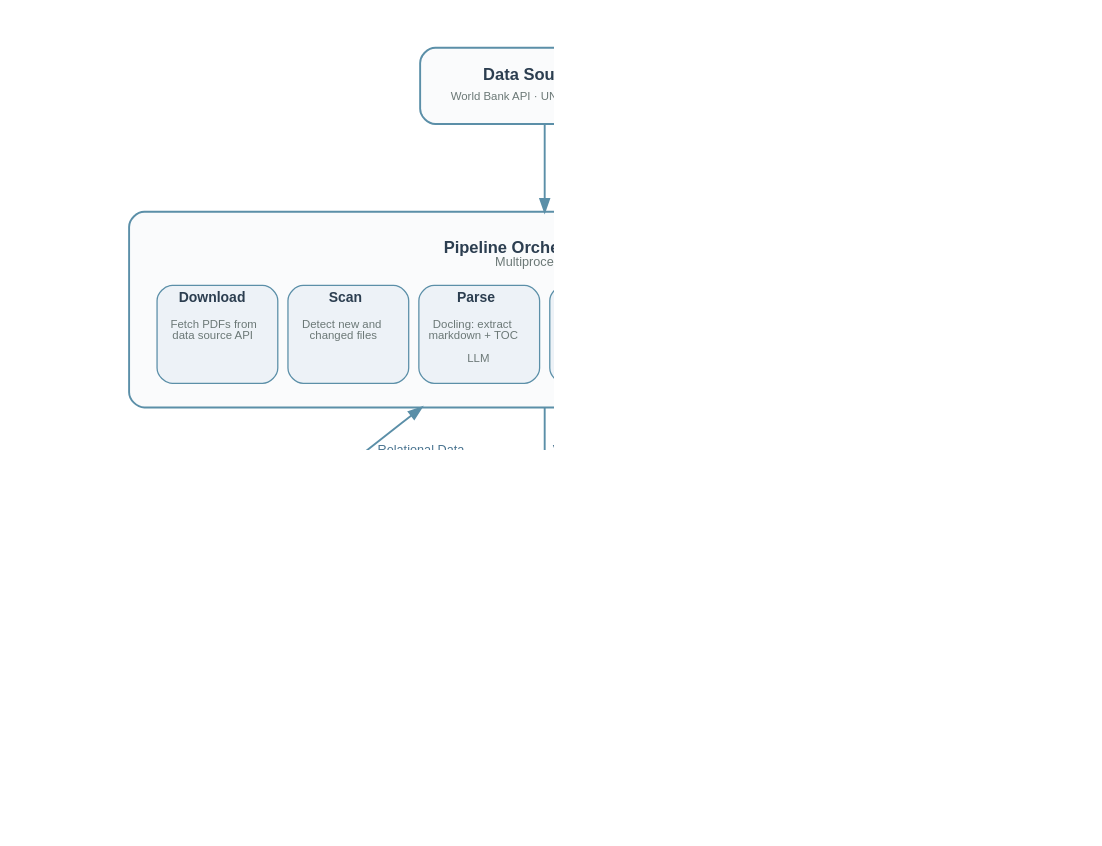
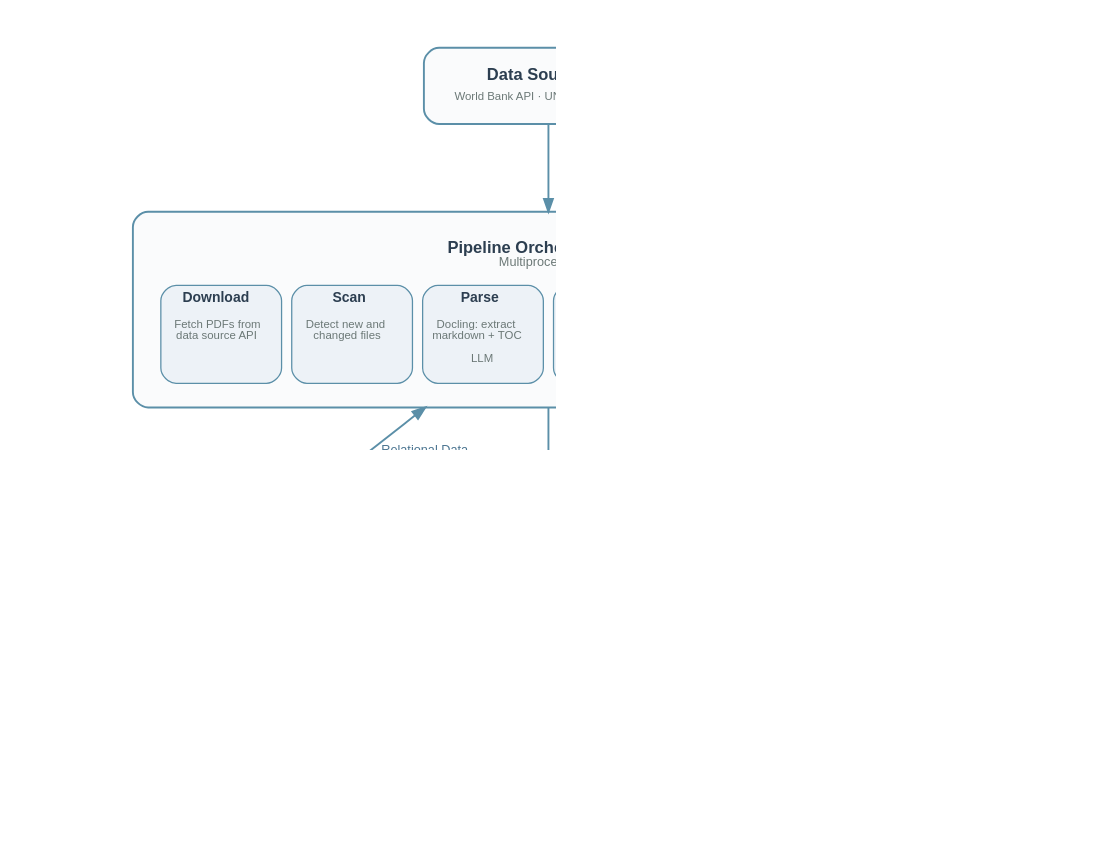
Before and after one commit to dividor/evidencelab: the diagram in docs/images/admin/architecture/pipeline-architecture.dot, drawn with Graphviz. The commit also changed 4 other files, not shown here.

First line of the commit message:
docs: name Qwen3 235B in the architecture diagrams

```diff
--- a/docs/images/admin/architecture/pipeline-architecture.dot
+++ b/docs/images/admin/architecture/pipeline-architecture.dot
@@ -1,124 +1,124 @@
 digraph Pipeline {
     bgcolor="white"
     fontcolor="#2C3E50"
     fontsize=14
     fontname="Helvetica"
     rankdir=TB
     ranksep=0.8
     nodesep=0.6
     pad=0.5
     dpi=150
     splines=true
     newrank=true
 
     node [
         shape=box
         style="rounded,filled"
         fillcolor="#fafbfc"
         color="#5B8FA8"
         fontcolor="#2C3E50"
         fontname="Helvetica"
         fontsize=11
         penwidth=1.5
         margin="0.3,0.2"
     ]
 
     edge [
         color="#5B8FA8"
         fontcolor="#4A7490"
         fontname="Helvetica"
         fontsize=10
         penwidth=1.5
     ]
 
     // Data Sources
     datasrc [label=<
         <TABLE BORDER="0" CELLBORDER="0" CELLSPACING="0" CELLPADDING="2">
         <TR><TD ALIGN="CENTER"><FONT FACE="Helvetica" POINT-SIZE="13" COLOR="#2C3E50"><B>Data Sources</B></FONT></TD></TR>
         <TR><TD ALIGN="CENTER"><FONT FACE="Helvetica" POINT-SIZE="9" COLOR="#6B7876">World Bank API · UNEG · Custom</FONT></TD></TR>
         </TABLE>
     > fillcolor="#fafbfc"]
 
     // Pipeline Orchestrator
     orchestrator [label=<
         <TABLE BORDER="0" CELLBORDER="0" CELLSPACING="8" CELLPADDING="4">
         <TR><TD COLSPAN="6" ALIGN="CENTER"><FONT FACE="Helvetica" POINT-SIZE="13" COLOR="#2C3E50"><B>Pipeline Orchestrator</B></FONT><BR/><FONT FACE="Helvetica" POINT-SIZE="10" COLOR="#6B7876">Multiprocessing</FONT></TD></TR>
         <TR>
             <TD BGCOLOR="#EDF2F7" BORDER="1" COLOR="#5B8FA8" STYLE="ROUNDED" VALIGN="TOP" WIDTH="95"><FONT FACE="Helvetica" COLOR="#2C3E50" POINT-SIZE="11"><B>Download</B></FONT><BR/><BR/><FONT FACE="Helvetica" POINT-SIZE="9" COLOR="#6B7876">Fetch PDFs from<BR/>data source API</FONT></TD>
             <TD BGCOLOR="#EDF2F7" BORDER="1" COLOR="#5B8FA8" STYLE="ROUNDED" VALIGN="TOP" WIDTH="95"><FONT FACE="Helvetica" COLOR="#2C3E50" POINT-SIZE="11"><B>Scan</B></FONT><BR/><BR/><FONT FACE="Helvetica" POINT-SIZE="9" COLOR="#6B7876">Detect new and<BR/>changed files</FONT></TD>
             <TD BGCOLOR="#EDF2F7" BORDER="1" COLOR="#5B8FA8" STYLE="ROUNDED" VALIGN="TOP" WIDTH="95"><FONT FACE="Helvetica" COLOR="#2C3E50" POINT-SIZE="11"><B>Parse</B></FONT><BR/><BR/><FONT FACE="Helvetica" POINT-SIZE="9" COLOR="#6B7876">Docling: extract<BR/>markdown + TOC<BR/><BR/>LLM</FONT></TD>
             <TD BGCOLOR="#EDF2F7" BORDER="1" COLOR="#5B8FA8" STYLE="ROUNDED" VALIGN="TOP" WIDTH="95"><FONT FACE="Helvetica" COLOR="#2C3E50" POINT-SIZE="11"><B>Summarise</B></FONT><BR/><BR/><FONT FACE="Helvetica" POINT-SIZE="9" COLOR="#6B7876">Extractive +<BR/>abstractive<BR/><BR/>EMBEDDING<BR/>LLM</FONT></TD>
             <TD BGCOLOR="#EDF2F7" BORDER="1" COLOR="#5B8FA8" STYLE="ROUNDED" VALIGN="TOP" WIDTH="95"><FONT FACE="Helvetica" COLOR="#2C3E50" POINT-SIZE="11"><B>Tag</B></FONT><BR/><BR/><FONT FACE="Helvetica" POINT-SIZE="9" COLOR="#6B7876">Section types +<BR/>taxonomy<BR/><BR/>EMBEDDING<BR/>LLM</FONT></TD>
             <TD BGCOLOR="#EDF2F7" BORDER="1" COLOR="#5B8FA8" STYLE="ROUNDED" VALIGN="TOP" WIDTH="95"><FONT FACE="Helvetica" COLOR="#2C3E50" POINT-SIZE="11"><B>Index</B></FONT><BR/><BR/><FONT FACE="Helvetica" POINT-SIZE="9" COLOR="#6B7876">Chunk + embed<BR/>dense + sparse<BR/><BR/>EMBEDDING</FONT></TD>
         </TR>
         </TABLE>
     > fillcolor="#fafbfc" color="#5B8FA8" penwidth=1.5 margin="0.2,0.15"]
 
     // Data stores
     pg [label=<
         <TABLE BORDER="0" CELLBORDER="0" CELLSPACING="0" CELLPADDING="2">
         <TR><TD ALIGN="CENTER"><FONT FACE="Helvetica" POINT-SIZE="11" COLOR="#2C3E50"><B>PostgreSQL</B></FONT></TD></TR>
         <TR><TD ALIGN="CENTER"><FONT FACE="Helvetica" POINT-SIZE="9" COLOR="#6B7876">Raw metadata · Parsed text<BR/>Chunks · Status tracking</FONT></TD></TR>
         </TABLE>
     > fillcolor="#fafbfc" width=2.2]
 
     qd [label=<
         <TABLE BORDER="0" CELLBORDER="0" CELLSPACING="0" CELLPADDING="2">
         <TR><TD ALIGN="CENTER"><FONT FACE="Helvetica" POINT-SIZE="11" COLOR="#2C3E50"><B>Qdrant</B></FONT></TD></TR>
         <TR><TD ALIGN="CENTER"><FONT FACE="Helvetica" POINT-SIZE="9" COLOR="#6B7876">Document vectors<BR/>Chunk vectors (dense + sparse)</FONT></TD></TR>
         </TABLE>
     > fillcolor="#fafbfc" width=2.2]
 
     fs [label=<
         <TABLE BORDER="0" CELLBORDER="0" CELLSPACING="0" CELLPADDING="2">
         <TR><TD ALIGN="CENTER"><FONT FACE="Helvetica" POINT-SIZE="11" COLOR="#2C3E50"><B>Filesystem</B></FONT></TD></TR>
         <TR><TD ALIGN="CENTER"><FONT FACE="Helvetica" POINT-SIZE="9" COLOR="#6B7876">PDFs · Parsed output<BR/>Images · Tables</FONT></TD></TR>
         </TABLE>
     > fillcolor="#fafbfc" width=2.2]
 
     // Models box
     models [label=<
         <TABLE BORDER="0" CELLBORDER="0" CELLSPACING="8" CELLPADDING="6" BGCOLOR="#fafbfc">
         <TR><TD COLSPAN="5" ALIGN="CENTER"><FONT FACE="Helvetica" POINT-SIZE="13" COLOR="#2C3E50"><B>Models</B></FONT><BR/><FONT FACE="Helvetica" POINT-SIZE="10" COLOR="#6B7876">config.json model_combo</FONT></TD></TR>
         <TR>
             <TD BGCOLOR="#EDF2F7" BORDER="1" COLOR="#5B8FA8" STYLE="ROUNDED" COLSPAN="2" VALIGN="TOP">
                 <TABLE BORDER="0" CELLBORDER="0" CELLSPACING="4" CELLPADDING="3">
                 <TR><TD COLSPAN="2" ALIGN="CENTER"><FONT FACE="Helvetica" COLOR="#4A7490" POINT-SIZE="11"><B>Local</B></FONT></TD></TR>
                 <TR>
                     <TD BGCOLOR="#fafbfc" BORDER="1" COLOR="#5B8FA8" STYLE="ROUNDED" ALIGN="CENTER" VALIGN="TOP" WIDTH="130"><FONT FACE="Helvetica" COLOR="#2C3E50" POINT-SIZE="11"><B>Embedding</B></FONT><BR/><BR/><FONT FACE="Helvetica" COLOR="#6B7876" POINT-SIZE="9">Infinity server +<BR/>HF models</FONT></TD>
                     <TD BGCOLOR="#fafbfc" BORDER="1" COLOR="#5B8FA8" STYLE="ROUNDED" ALIGN="CENTER" VALIGN="TOP" WIDTH="130"><FONT FACE="Helvetica" COLOR="#2C3E50" POINT-SIZE="11"><B>Rerank</B></FONT><BR/><BR/><FONT FACE="Helvetica" COLOR="#6B7876" POINT-SIZE="9">Jina v2<BR/>multilingual</FONT></TD>
                 </TR>
                 </TABLE>
             </TD>
             <TD BGCOLOR="#EDF2F7" BORDER="1" COLOR="#5B8FA8" STYLE="ROUNDED" COLSPAN="3" VALIGN="TOP">
                 <TABLE BORDER="0" CELLBORDER="0" CELLSPACING="4" CELLPADDING="3">
                 <TR><TD COLSPAN="3" ALIGN="CENTER"><FONT FACE="Helvetica" COLOR="#4A7490" POINT-SIZE="11"><B>Remote API</B></FONT></TD></TR>
                 <TR>
                     <TD BGCOLOR="#fafbfc" BORDER="1" COLOR="#5B8FA8" STYLE="ROUNDED" ALIGN="CENTER" VALIGN="TOP" WIDTH="130"><FONT FACE="Helvetica" COLOR="#2C3E50" POINT-SIZE="11"><B>Embedding</B></FONT><BR/><BR/><FONT FACE="Helvetica" COLOR="#6B7876" POINT-SIZE="9">Azure text-embedding-3<BR/>Google gemini-embedding</FONT></TD>
-                    <TD BGCOLOR="#fafbfc" BORDER="1" COLOR="#5B8FA8" STYLE="ROUNDED" ALIGN="CENTER" VALIGN="TOP" WIDTH="130"><FONT FACE="Helvetica" COLOR="#2C3E50" POINT-SIZE="11"><B>LLMs</B></FONT><BR/><BR/><FONT FACE="Helvetica" COLOR="#6B7876" POINT-SIZE="9">Azure GPT-4.1<BR/>HF Qwen 2.5 / Llama 3.1<BR/>Google Gemini 2.5</FONT></TD>
+                    <TD BGCOLOR="#fafbfc" BORDER="1" COLOR="#5B8FA8" STYLE="ROUNDED" ALIGN="CENTER" VALIGN="TOP" WIDTH="130"><FONT FACE="Helvetica" COLOR="#2C3E50" POINT-SIZE="11"><B>LLMs</B></FONT><BR/><BR/><FONT FACE="Helvetica" COLOR="#6B7876" POINT-SIZE="9">Azure GPT-4.1<BR/>HF Qwen3 235B / Llama 3.1<BR/>Google Gemini 2.5</FONT></TD>
                     <TD BGCOLOR="#fafbfc" BORDER="1" COLOR="#5B8FA8" STYLE="ROUNDED" ALIGN="CENTER" VALIGN="TOP" WIDTH="130"><FONT FACE="Helvetica" COLOR="#2C3E50" POINT-SIZE="11"><B>Rerank</B></FONT><BR/><BR/><FONT FACE="Helvetica" COLOR="#6B7876" POINT-SIZE="9">Azure Cohere<BR/>Google Vertex Ranker</FONT></TD>
                 </TR>
                 </TABLE>
             </TD>
         </TR>
         </TABLE>
     > fillcolor="#fafbfc" color="#5B8FA8" penwidth=1.5 margin="0.2,0.15"]
 
     // Layout
     {rank=same; pg; qd; fs}
 
     // Connections
     datasrc -> orchestrator [label="  PDFs + Metadata  " weight=10]
 
     orchestrator -> pg [label="  Relational Data  " dir=both weight=5]
     orchestrator -> qd [label="  Vectors  " weight=5]
     orchestrator -> fs [label="  Files  " dir=both weight=5]
 
     // Force models below data stores
     pg -> models [style=invis weight=10]
     qd -> models [style=invis weight=10]
     fs -> models [style=invis weight=10]
 
     // Models connected from orchestrator
     orchestrator -> models [label="  EMBEDDING + LLM  " dir=both weight=1]
 }
```
